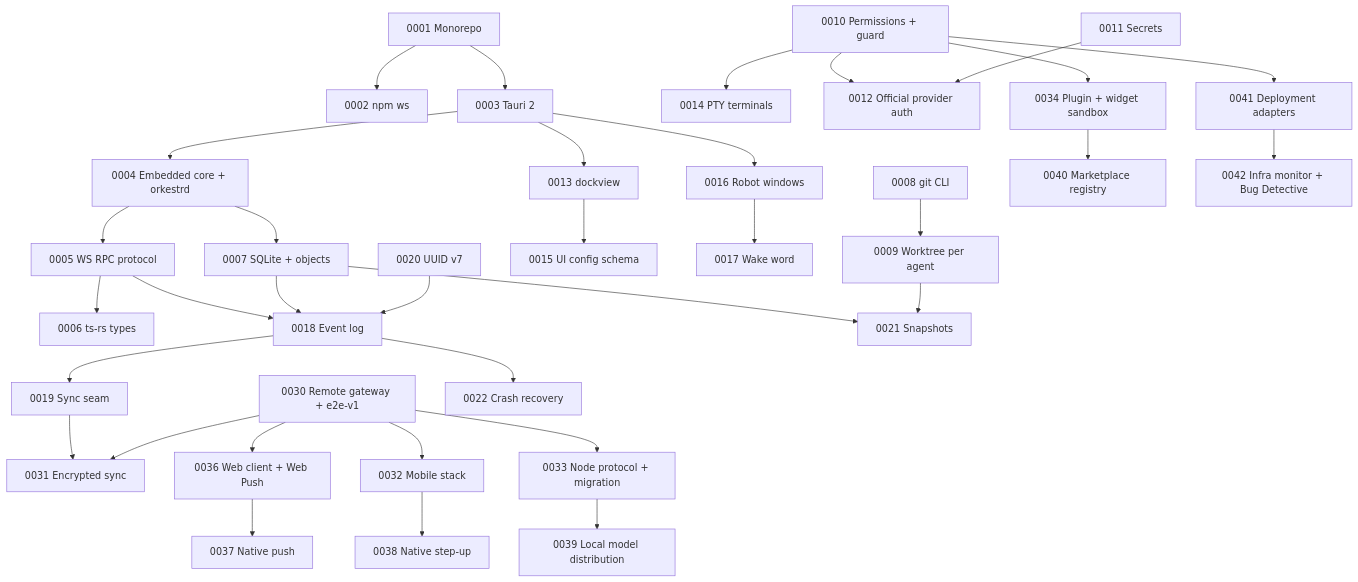
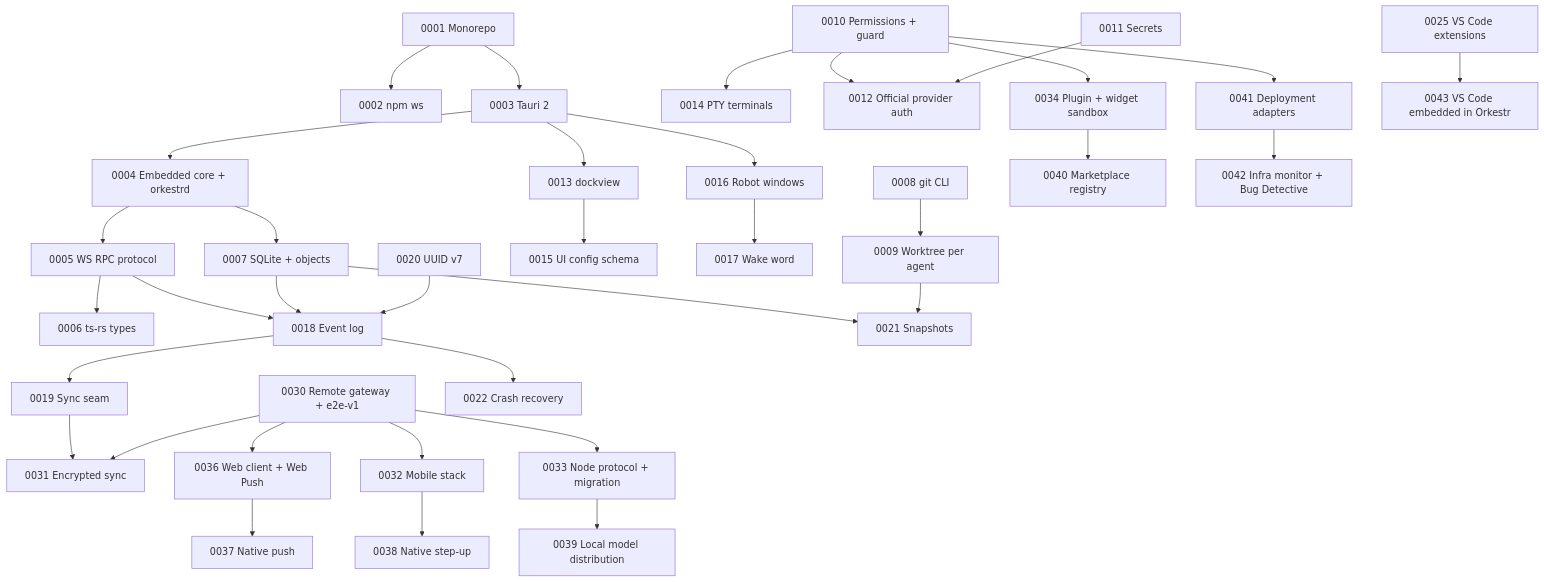
The diagram in docs/adr/README.md (farrukhnosirov/orkestr), drawn with Mermaid before and after one commit. The commit also changed other lines of this file and 67 other files, not shown here.

First line of the commit message:
VS Code workbench embedded in the Orkestr window (ADR-0043)

````diff
--- a/docs/adr/README.md
+++ b/docs/adr/README.md
@@ -79,36 +80,37 @@
 ```mermaid
 flowchart TB
   A1[0001 Monorepo] --> A2[0002 npm ws]
   A1 --> A3[0003 Tauri 2]
   A3 --> A4["0004 Embedded core + orkestrd"]
   A4 --> A5[0005 WS RPC protocol]
   A5 --> A6[0006 ts-rs types]
   A5 --> A18[0018 Event log]
   A4 --> A7["0007 SQLite + objects"]
   A7 --> A18
   A7 --> A21[0021 Snapshots]
   A8[0008 git CLI] --> A9[0009 Worktree per agent]
   A9 --> A21
   A10["0010 Permissions + guard"] --> A14[0014 PTY terminals]
   A10 --> A12[0012 Official provider auth]
   A11[0011 Secrets] --> A12
   A3 --> A13[0013 dockview]
   A13 --> A15[0015 UI config schema]
   A3 --> A16[0016 Robot windows]
   A16 --> A17[0017 Wake word]
   A18 --> A19[0019 Sync seam]
   A19 --> A31[0031 Encrypted sync]
   A30[0030 Remote gateway + e2e-v1] --> A36[0036 Web client + Web Push]
   A30 --> A31
   A30 --> A32[0032 Mobile stack]
   A36 --> A37[0037 Native push]
   A32 --> A38[0038 Native step-up]
   A30 --> A33[0033 Node protocol + migration]
   A33 --> A39[0039 Local model distribution]
   A10 --> A34[0034 Plugin + widget sandbox]
   A34 --> A40[0040 Marketplace registry]
   A10 --> A41[0041 Deployment adapters]
   A41 --> A42[0042 Infra monitor + Bug Detective]
+  A25[0025 VS Code extensions] --> A43[0043 VS Code embedded in Orkestr]
   A18 --> A22[0022 Crash recovery]
   A20[0020 UUID v7] --> A18
 ```
````
